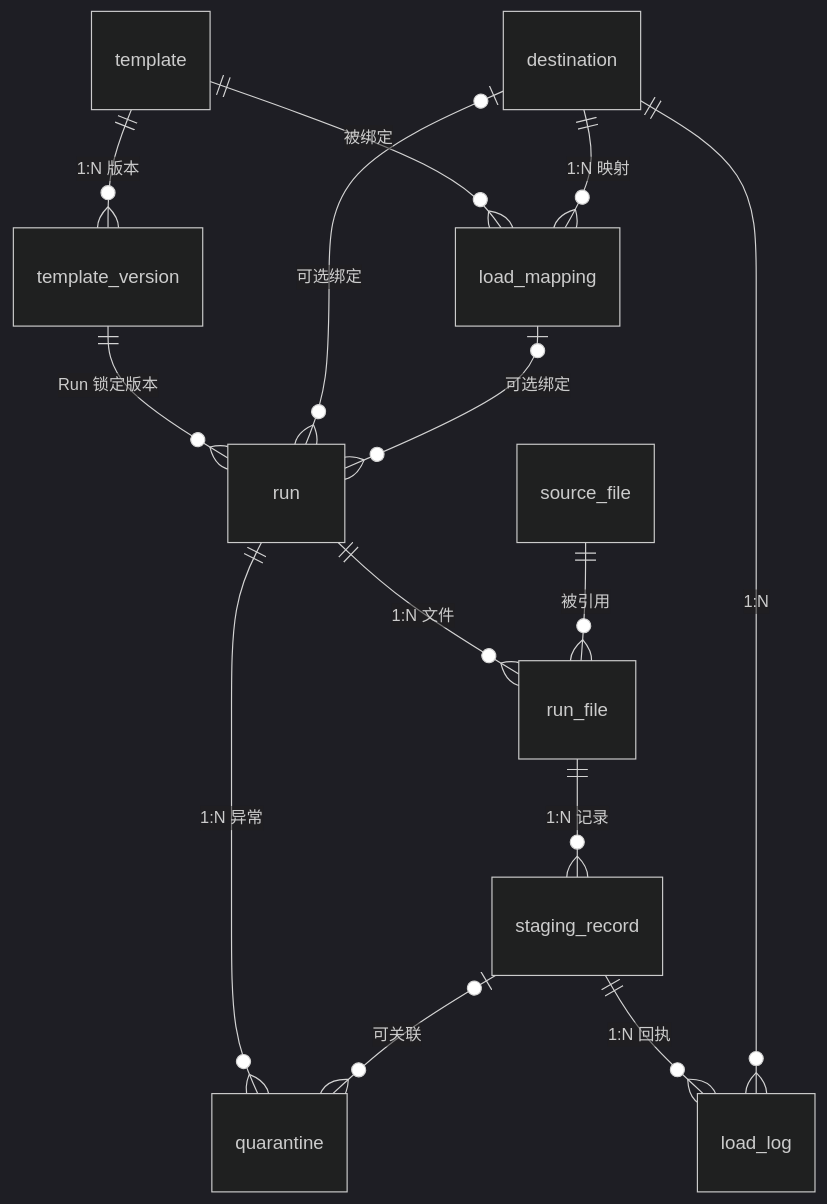
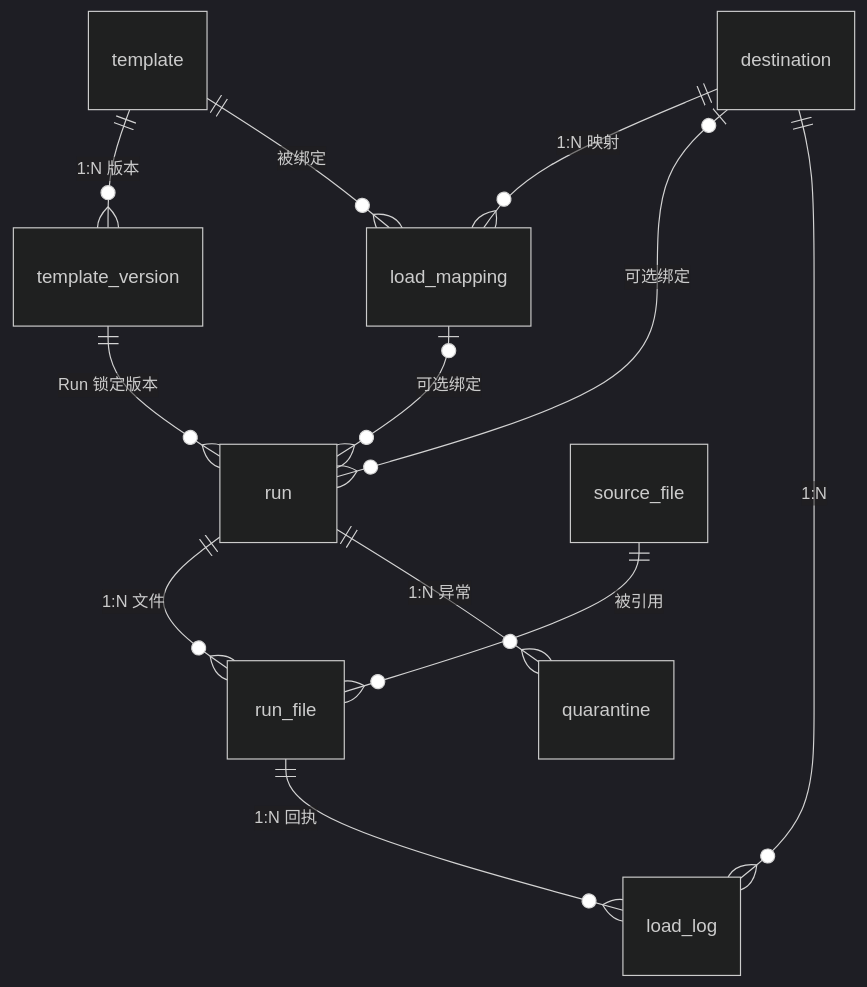
One commit to freeedoooooo/algs changed the second of 7 diagrams in 20-CV/mvp/docs/design-data-pipeline.md. Above: the diagram before and after it, drawn with Mermaid (dark theme). The commit also changed other lines of this file and 6 other files, not shown here.

````diff
--- a/20-CV/mvp/docs/design-data-pipeline.md
+++ b/20-CV/mvp/docs/design-data-pipeline.md
@@ -70,16 +184,14 @@
 ```mermaid
 erDiagram
     template ||--o{ template_version : "1:N 版本"
     template ||--o{ load_mapping : "被绑定"
     destination ||--o{ load_mapping : "1:N 映射"
     template_version ||--o{ run : "Run 锁定版本"
     destination |o--o{ run : "可选绑定"
     load_mapping |o--o{ run : "可选绑定"
     run ||--o{ run_file : "1:N 文件"
     source_file ||--o{ run_file : "被引用"
-    run_file ||--o{ staging_record : "1:N 记录"
     run ||--o{ quarantine : "1:N 异常"
-    staging_record |o--o{ quarantine : "可关联"
-    staging_record ||--o{ load_log : "1:N 回执"
+    run_file ||--o{ load_log : "1:N 回执"
     destination ||--o{ load_log : "1:N"
 ```
````
